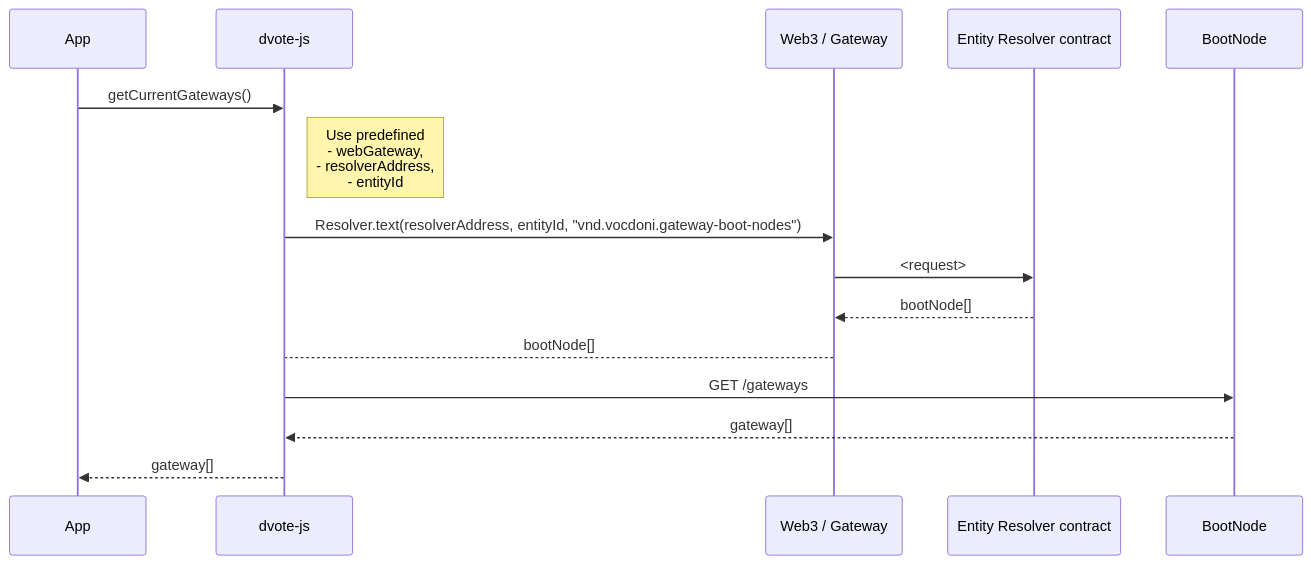
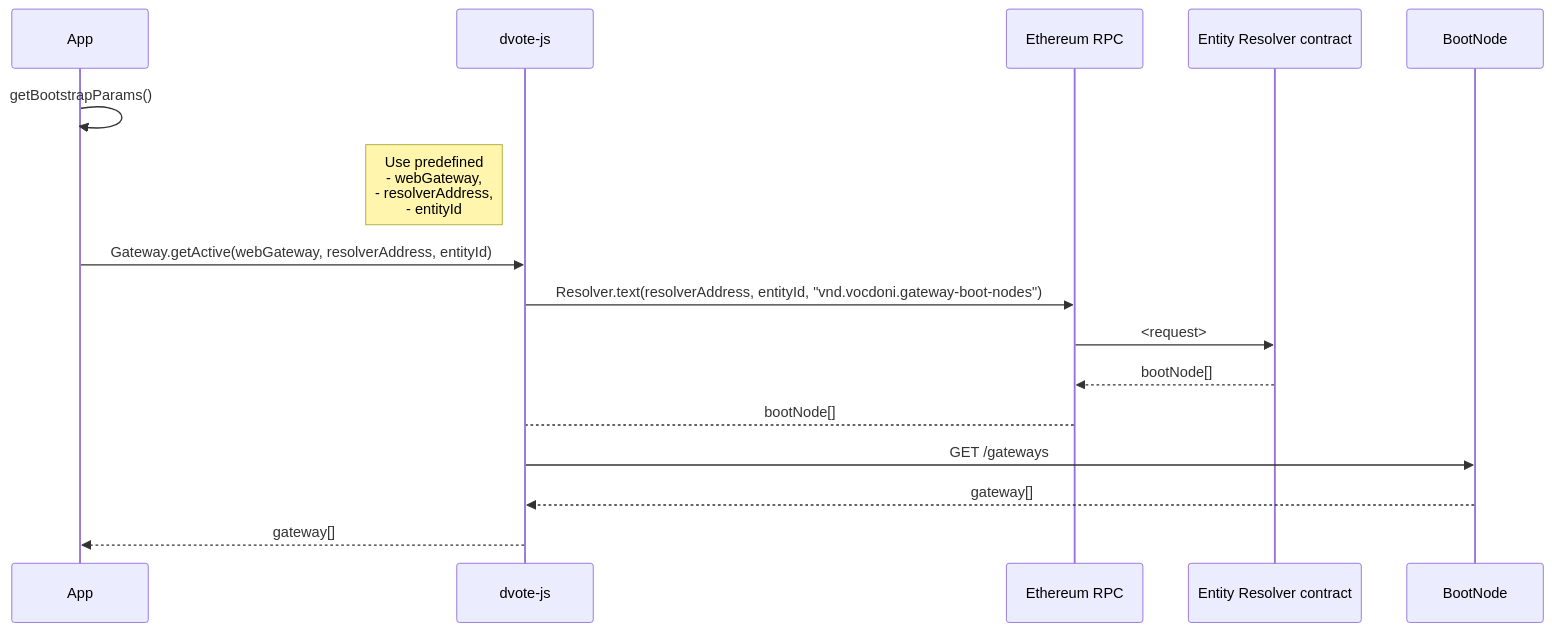
One commit to vocdoni/docs changed the second of 15 diagrams in docs/architecture/sequence-diagrams.md. Above: the diagram before and after it, drawn with Mermaid.

Commit message:
Sequence diagram tweak

````diff
--- a/docs/architecture/sequence-diagrams.md
+++ b/docs/architecture/sequence-diagrams.md
@@ -93,22 +93,24 @@
 ```mermaid
 
 sequenceDiagram
     participant App
     participant DV as dvote-js
-    participant GW as Web3 / Gateway
+    participant RPC as Ethereum RPC
     participant ER as Entity Resolver contract
     participant BN as BootNode
 
-    App->>DV: getCurrentGateways()
+    App->>App: getBootstrapParams()
 
-        Note right of DV: Use predefined<br/>- webGateway,<br/>- resolverAddress,<br/>- entityId
+    Note left of DV: Use predefined<br/>- webGateway,<br/>- resolverAddress,<br/>- entityId
 
-        DV->>GW: Resolver.text(resolverAddress, entityId, "vnd.vocdoni.gateway-boot-nodes")
-            GW->>ER: <request>
-            ER-->>GW: bootNode[]
-        GW-->DV: bootNode[]
+    App->>DV: Gateway.getActive(webGateway, resolverAddress, entityId)
+
+        DV->>RPC: Resolver.text(resolverAddress, entityId, "vnd.vocdoni.gateway-boot-nodes")
+            RPC->>ER: <request>
+            ER-->>RPC: bootNode[]
+        RPC-->DV: bootNode[]
     
         DV->>BN: GET /gateways
         BN-->>DV: gateway[]
     DV-->>App: gateway[]
 ```
````
